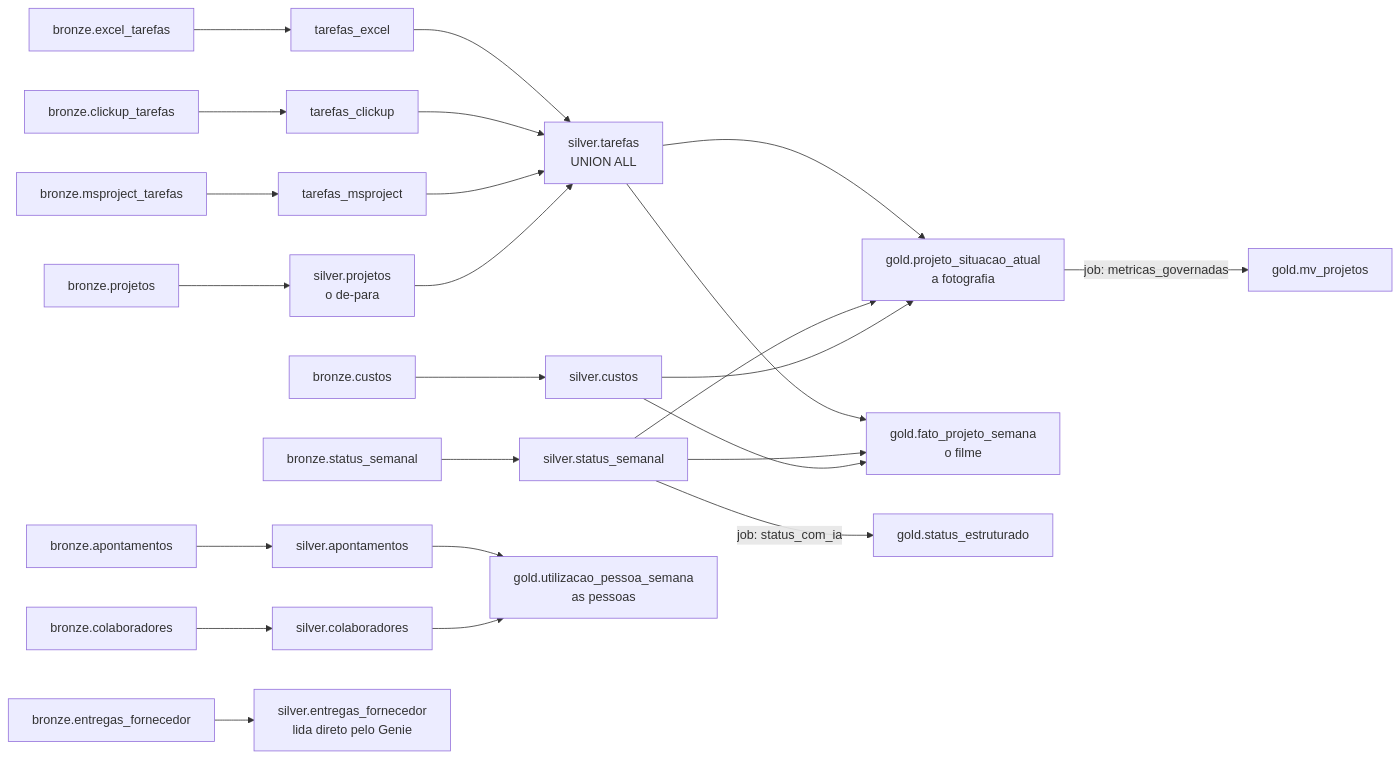
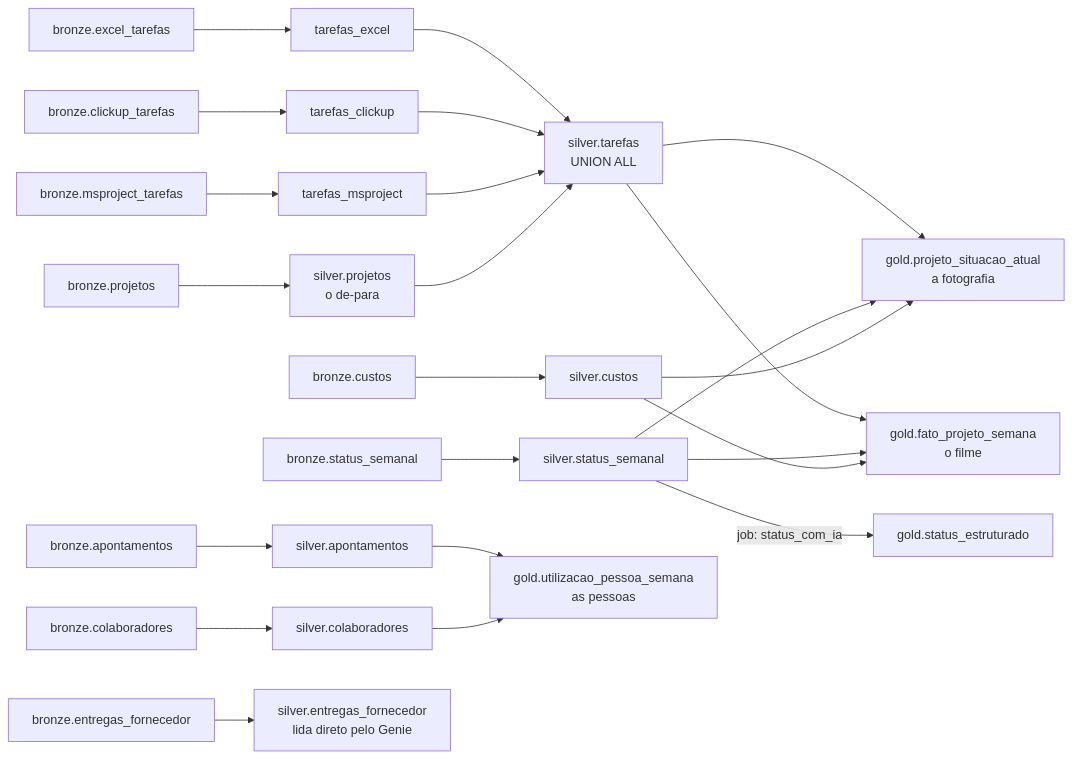
The third of 3 diagrams in aulas/aula-03-modelagem-claude-code/claude-code/README.md (AugustoKoche-AI/ImersaoControlTower), drawn with Mermaid before and after one commit. The commit also changed other lines of this file and 92 other files, not shown here.

````diff
--- a/aulas/aula-03-modelagem-claude-code/claude-code/README.md
+++ b/aulas/aula-03-modelagem-claude-code/claude-code/README.md
@@ -46,26 +50,25 @@
 ```mermaid
 flowchart LR
   bp["bronze.projetos"] --> sp["silver.projetos<br/>o de-para"]
   be["bronze.excel_tarefas"] --> te["tarefas_excel"]
   bc["bronze.clickup_tarefas"] --> tc["tarefas_clickup"]
   bm["bronze.msproject_tarefas"] --> tm["tarefas_msproject"]
   te --> st["silver.tarefas<br/>UNION ALL"]
   tc --> st
   tm --> st
   sp --> st
   bs["bronze.status_semanal"] --> ss["silver.status_semanal"]
   bcu["bronze.custos"] --> sc["silver.custos"]
   ba["bronze.apontamentos"] --> sa["silver.apontamentos"]
   bco["bronze.colaboradores"] --> sco["silver.colaboradores"]
   bf["bronze.entregas_fornecedor"] --> sf["silver.entregas_fornecedor<br/>lida direto pelo Genie"]
   st --> gsa["gold.projeto_situacao_atual<br/>a fotografia"]
   ss --> gsa
   sc --> gsa
   st --> gfs["gold.fato_projeto_semana<br/>o filme"]
   ss --> gfs
   sc --> gfs
   sa --> gup["gold.utilizacao_pessoa_semana<br/>as pessoas"]
   sco --> gup
   ss -- "job: status_com_ia" --> gse["gold.status_estruturado"]
-  gsa -- "job: metricas_governadas" --> gmv["gold.mv_projetos"]
 ```
````
